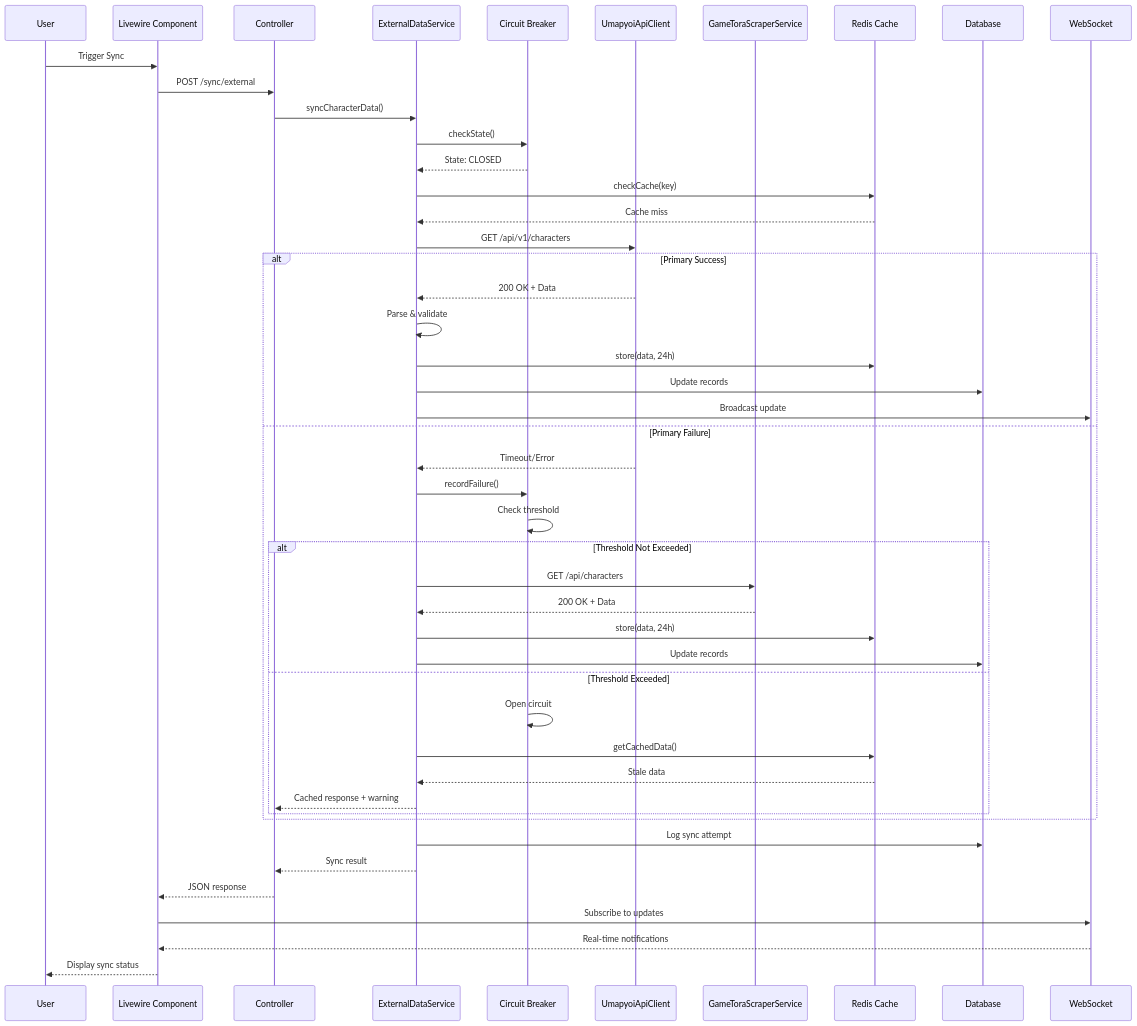
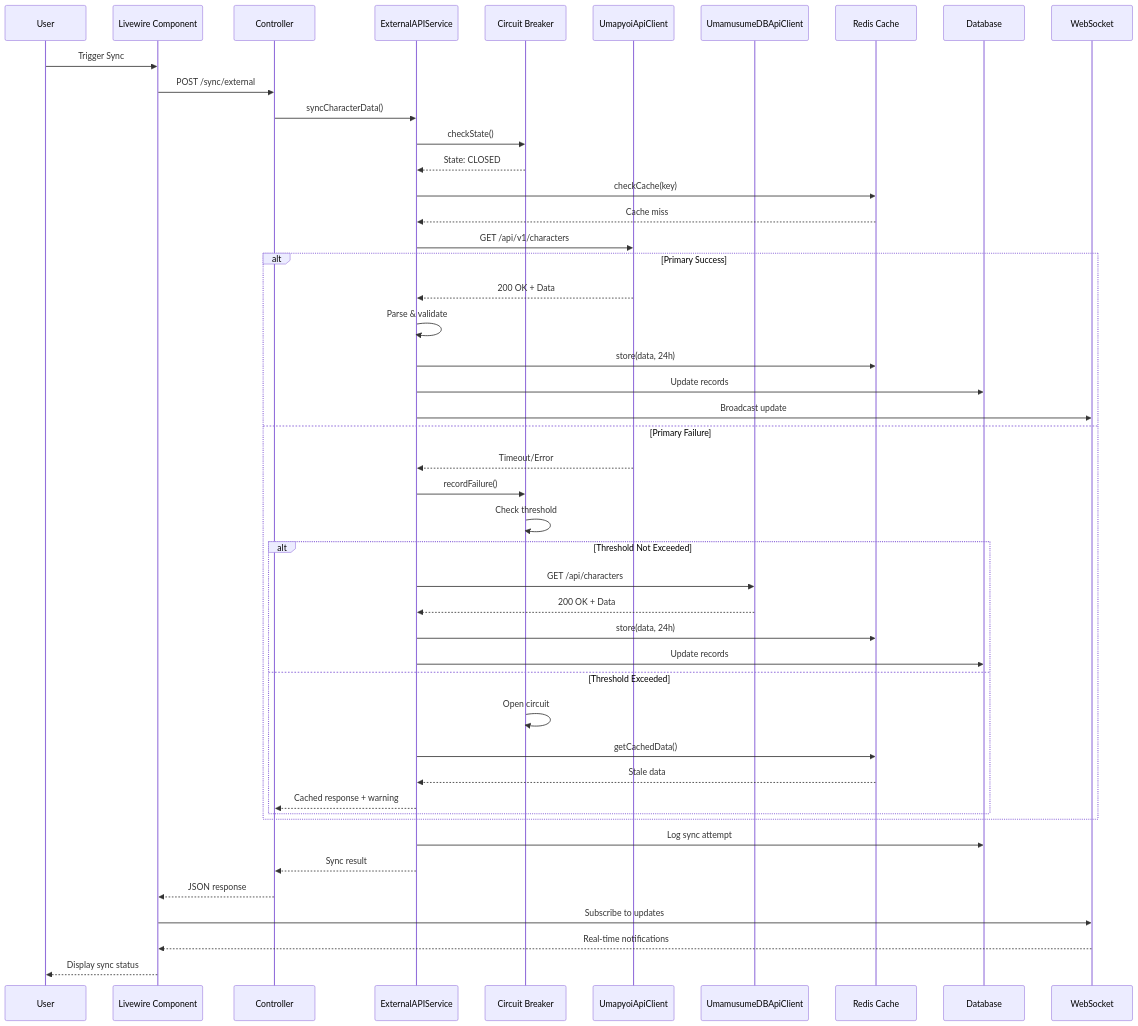
One commit to exatfrds67/umamusume-career-planner changed the second of 9 diagrams in docs/01-tech-flow/TECH-FLOW-007_External_Integration_Flow.md. Above: the diagram before and after it, drawn with Mermaid. The commit also changed other lines of this file and 58 other files, not shown here.

Commit message:
docs(flow): fix markdownlint errors in diagrams, flows, sequences, tech-flow, user-flows, and wireframes

````diff
--- a/docs/01-tech-flow/TECH-FLOW-007_External_Integration_Flow.md
+++ b/docs/01-tech-flow/TECH-FLOW-007_External_Integration_Flow.md
@@ -151,56 +151,56 @@
 ```mermaid
 sequenceDiagram
     participant User
     participant UI as Livewire Component
     participant Controller
-    participant Service as ExternalDataService
+    participant Service as ExternalAPIService
     participant Circuit as Circuit Breaker
     participant Primary as UmapyoiApiClient
-    participant Fallback as GameToraScraperService
+    participant Fallback as UmamusumeDBApiClient
     participant Cache as Redis Cache
     participant DB as Database
     participant WS as WebSocket
 
     User->>UI: Trigger Sync
     UI->>Controller: POST /sync/external
     Controller->>Service: syncCharacterData()
     
     Service->>Circuit: checkState()
     Circuit-->>Service: State: CLOSED
     
     Service->>Cache: checkCache(key)
     Cache-->>Service: Cache miss
     
     Service->>Primary: GET /api/v1/characters
     
     alt Primary Success
         Primary-->>Service: 200 OK + Data
         Service->>Service: Parse & validate
         Service->>Cache: store(data, 24h)
         Service->>DB: Update records
         Service->>WS: Broadcast update
     else Primary Failure
         Primary-->>Service: Timeout/Error
         Service->>Circuit: recordFailure()
         Circuit->>Circuit: Check threshold
         
         alt Threshold Not Exceeded
             Service->>Fallback: GET /api/characters
             Fallback-->>Service: 200 OK + Data
             Service->>Cache: store(data, 24h)
             Service->>DB: Update records
         else Threshold Exceeded
             Circuit->>Circuit: Open circuit
             Service->>Cache: getCachedData()
             Cache-->>Service: Stale data
             Service-->>Controller: Cached response + warning
         end
     end
     
     Service->>DB: Log sync attempt
     Service-->>Controller: Sync result
     Controller-->>UI: JSON response
     UI->>WS: Subscribe to updates
     WS-->>UI: Real-time notifications
     UI-->>User: Display sync status
 ```
````
